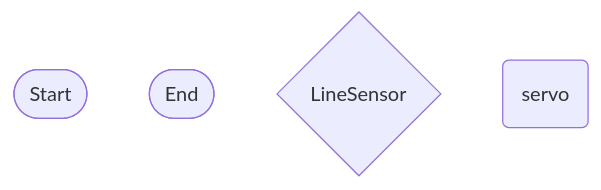
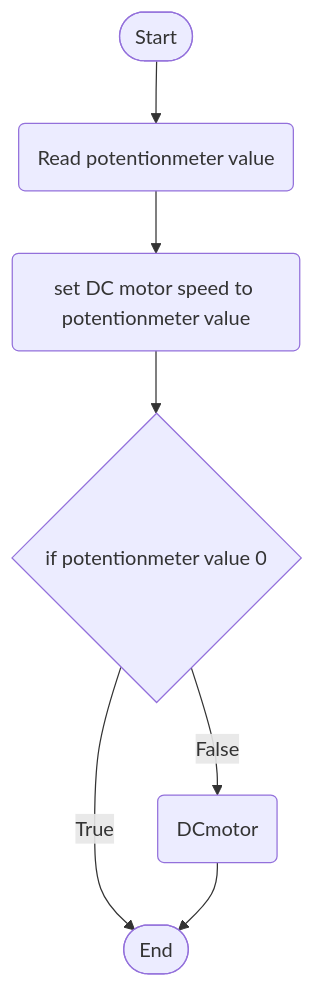
The fourth of 4 diagrams in logic.md (0717330/arduino-board-project), drawn with Mermaid before and after one commit. The commit also changed other lines of this file, not shown here.

````diff
--- a/logic.md
+++ b/logic.md
@@ -59,9 +81,18 @@
 ```mermaid
 flowchart TD
 terminalStart([Start])
 terminalEnd([End])
 
-Line{LineSensor}
-Servo(servo)
+DCmotor(DCmotor)
+ReadPotentionmeter(Read potentionmeter value)
+Value0{if potentionmeter value 0}
+SetValue(set DC motor speed to potentionmeter value)
+
+terminalStart --> ReadPotentionmeter
+ReadPotentionmeter --> SetValue
+SetValue --> Value0
+Value0 --> |True| terminalEnd
+Value0 --> |False| DCmotor
+DCmotor --> terminalEnd
 
 ```
````
